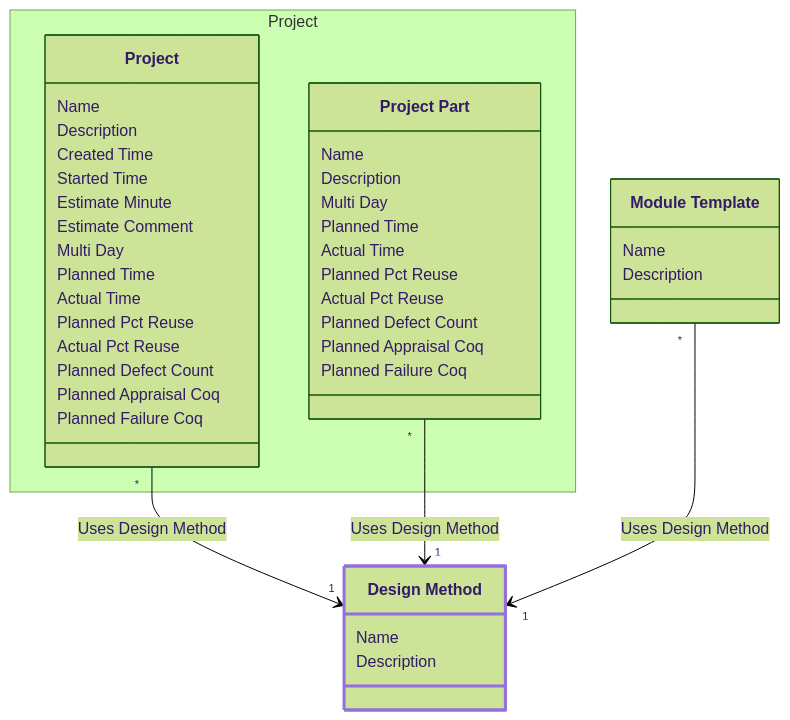
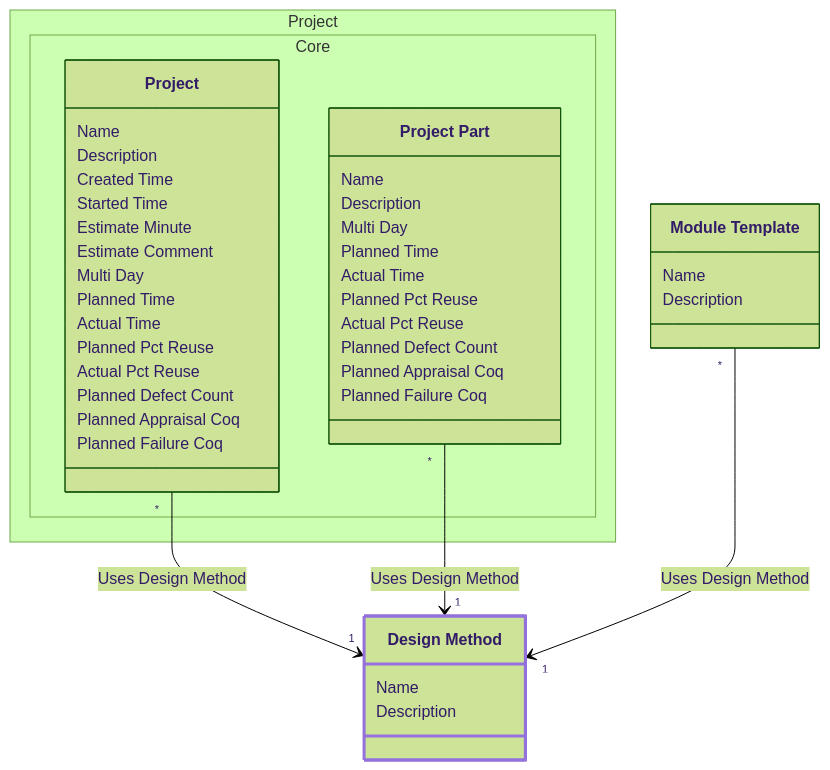
One commit to glemzurg/glemzurg changed the diagram in examples/requirements/req/output/development/class-domain.process.subdomain.definition.class.design_method.md. Above: the diagram before and after it, drawn with Mermaid (forest theme). The commit also changed other lines of this file and 116 other files, not shown here.

````diff
--- a/examples/requirements/req/output/development/class-domain.process.subdomain.definition.class.design_method.md
+++ b/examples/requirements/req/output/development/class-domain.process.subdomain.definition.class.design_method.md
@@ -24,51 +24,51 @@
 ```mermaid
 ---
 config:
   class:
     hideEmptyMembersBox: true
 ---
 classDiagram
 class class_domain_process_subdomain_definition_class_design_method["Design Method"] {
         Name
         Description
     }
 class class_domain_process_subdomain_definition_class_module_template["Module Template"] {
         Name
         Description
     }
-namespace Project {
-class class_domain_process_subdomain_project_class_project["Project"] {
+namespace Project.Core {
+class class_domain_project_subdomain_core_class_project["Project"] {
             Name
             Description
             Created Time
             Started Time
             Estimate Minute
             Estimate Comment
             Multi Day
             Planned Time
             Actual Time
             Planned Pct Reuse
             Actual Pct Reuse
             Planned Defect Count
             Planned Appraisal Coq
             Planned Failure Coq
         }
-class class_domain_process_subdomain_project_class_project_part["Project Part"] {
+class class_domain_project_subdomain_core_class_project_part["Project Part"] {
             Name
             Description
             Multi Day
             Planned Time
             Actual Time
             Planned Pct Reuse
             Actual Pct Reuse
             Planned Defect Count
             Planned Appraisal Coq
             Planned Failure Coq
         }
 }
 style class_domain_process_subdomain_definition_class_design_method stroke:#9370DB,stroke-width:3px
-class_domain_process_subdomain_project_class_project "*" --> "1" class_domain_process_subdomain_definition_class_design_method : Uses Design Method
-class_domain_process_subdomain_project_class_project_part "*" --> "1" class_domain_process_subdomain_definition_class_design_method : Uses Design Method
+class_domain_project_subdomain_core_class_project "*" --> "1" class_domain_process_subdomain_definition_class_design_method : Uses Design Method
+class_domain_project_subdomain_core_class_project_part "*" --> "1" class_domain_process_subdomain_definition_class_design_method : Uses Design Method
 class_domain_process_subdomain_definition_class_module_template "*" --> "1" class_domain_process_subdomain_definition_class_design_method : Uses Design Method
 
 ```
````
